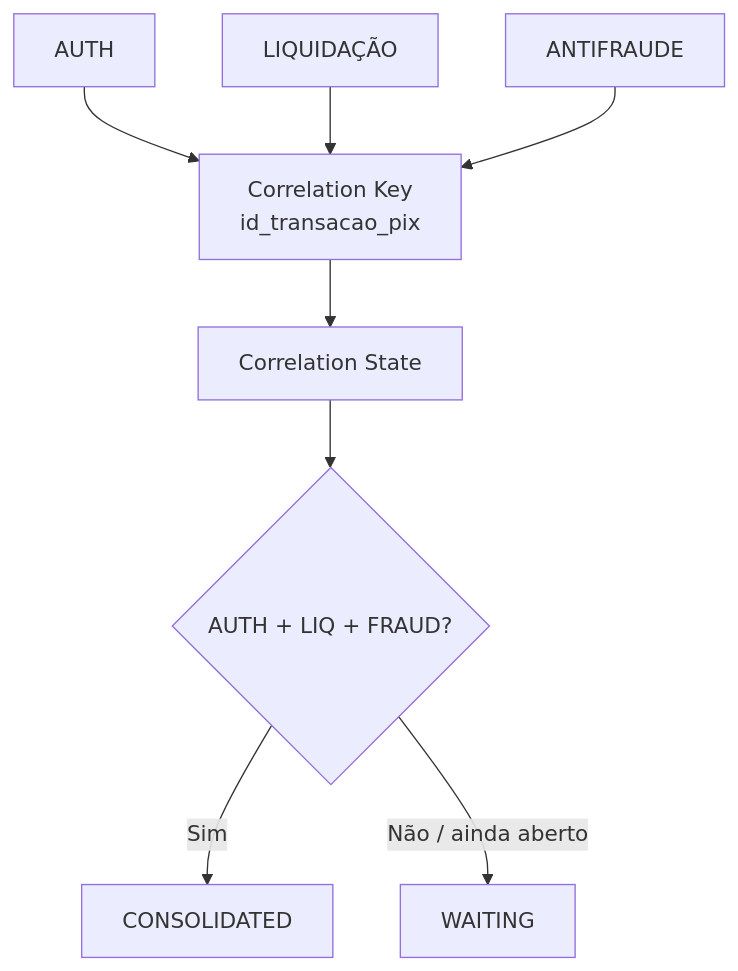
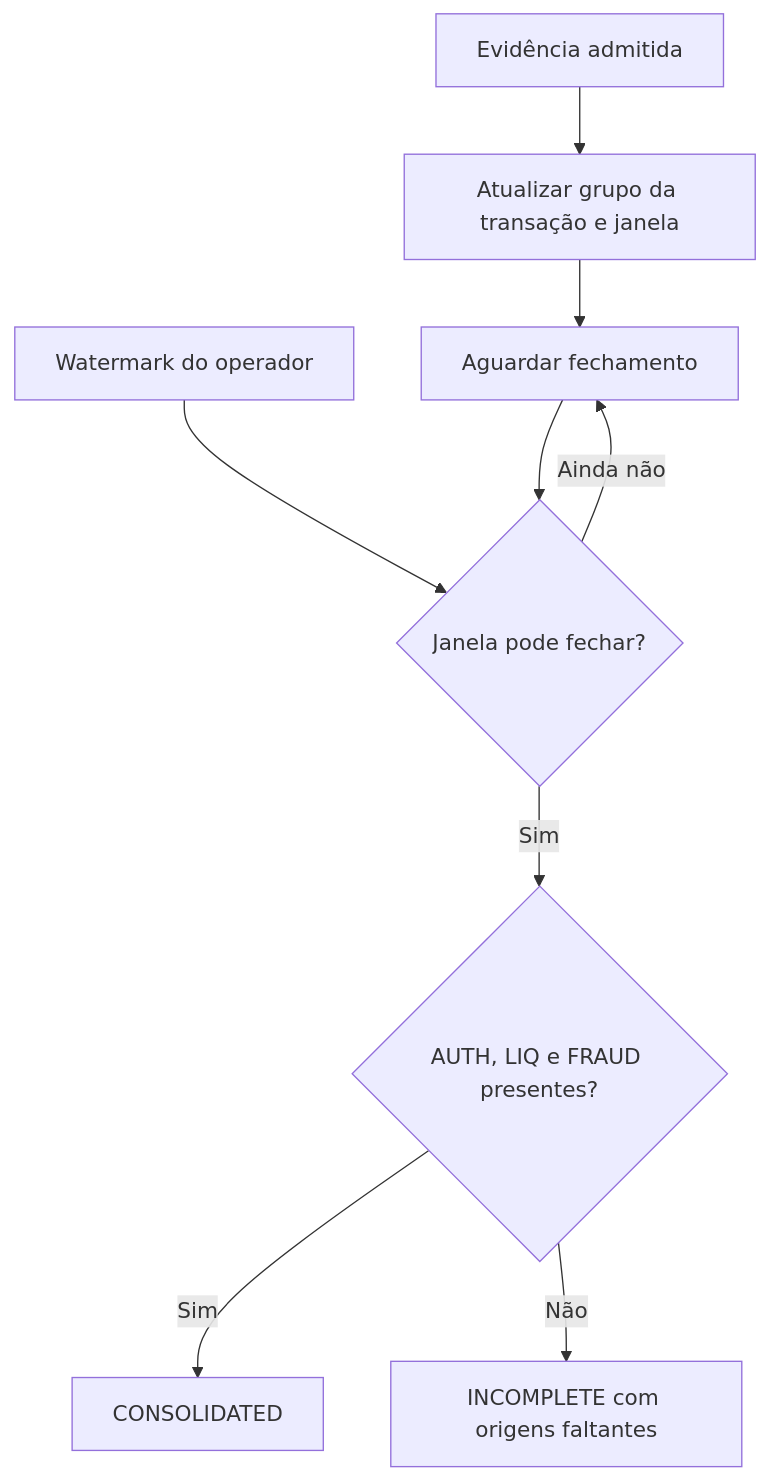
One commit to murilohenzo/kafka-flink-lab changed the fourth of 8 diagrams in README.md. Above: the diagram before and after it, drawn with Mermaid. The commit also changed other lines of this file and 7 other files, not shown here.

````diff
--- a/README.md
+++ b/README.md
@@ -612,20 +1675,11 @@
 ```mermaid
-flowchart TB
-    AUTH["AUTH"]
-    LIQ["LIQUIDAÇÃO"]
-    FRAUD["ANTIFRAUDE"]
-
-    KEY["Correlation Key<br/>id_transacao_pix"]
-    STATE["Correlation State"]
-    CHECK{"AUTH + LIQ + FRAUD?"}
-
-    AUTH --> KEY
-    LIQ --> KEY
-    FRAUD --> KEY
-
-    KEY --> STATE
-    STATE --> CHECK
-
-    CHECK -->|"Sim"| CONS["CONSOLIDATED"]
-    CHECK -->|"Não / ainda aberto"| WAIT["WAITING"]
+flowchart TD
+    E["Evidência admitida"] --> G["Atualizar grupo da transação e janela"]
+    G --> A["Aguardar fechamento"]
+    WM["Watermark do operador"] --> C{"Janela pode fechar?"}
+    A --> C
+    C -->|"Ainda não"| A
+    C -->|"Sim"| P{"AUTH, LIQ e FRAUD presentes?"}
+    P -->|"Sim"| S["CONSOLIDATED"]
+    P -->|"Não"| I["INCOMPLETE com origens faltantes"]
 ```
````
